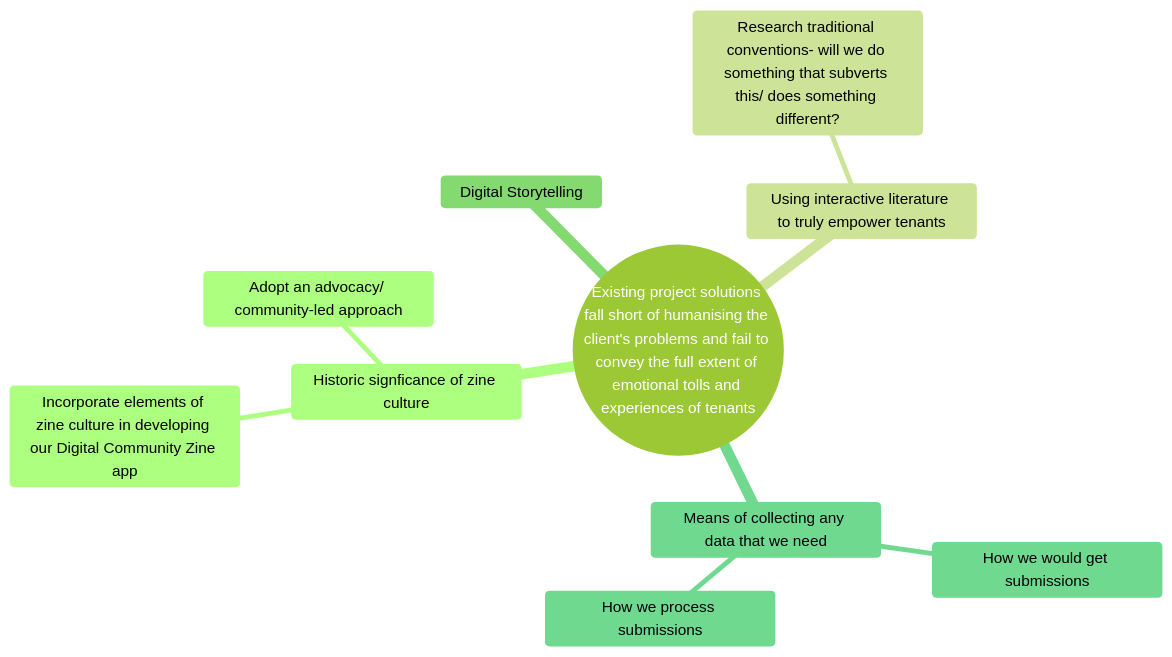
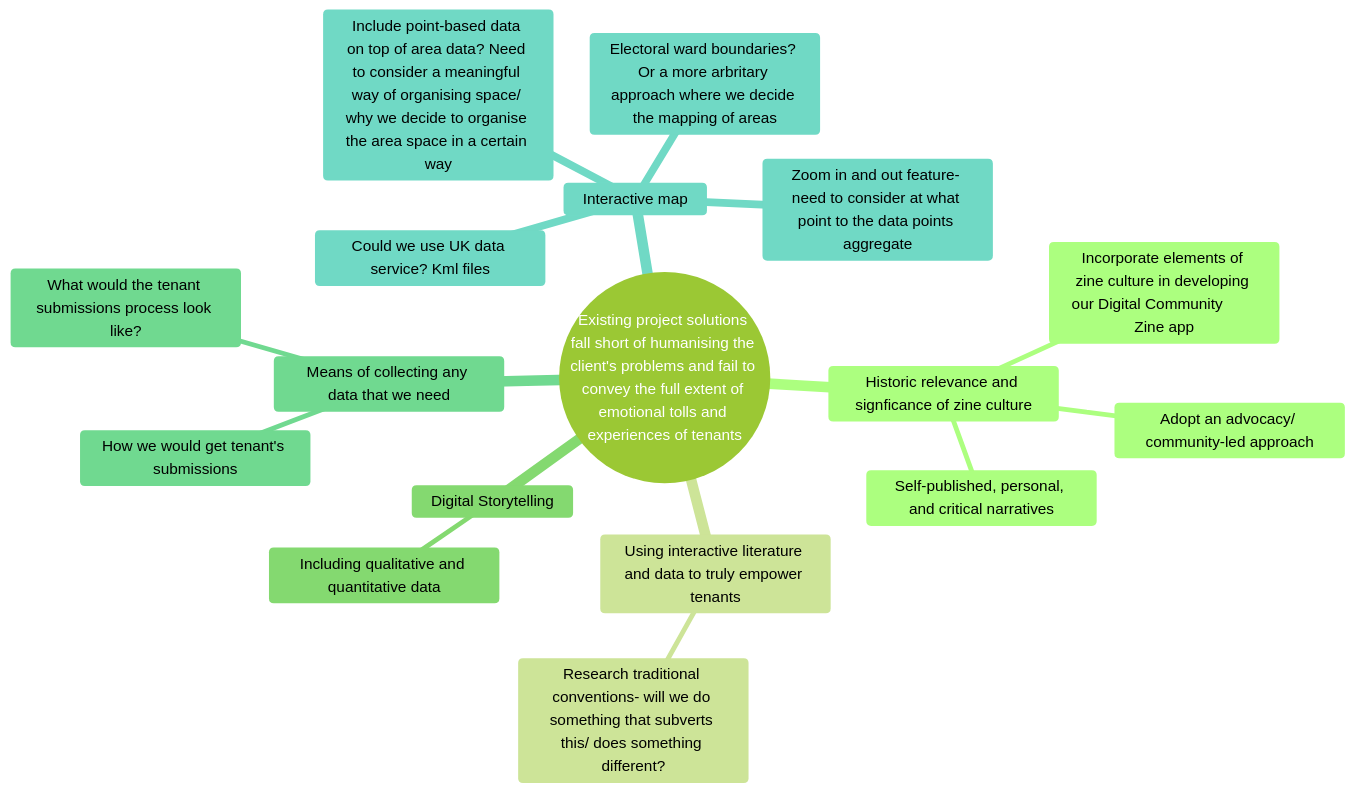
Before and after one commit to NU-Digital-Cultures/Trout: the diagram in Mermaid Mindmap.md, drawn with Mermaid (forest theme).

Commit message:
Update Mermaid Mindmap.md

````diff
--- a/Mermaid Mindmap.md
+++ b/Mermaid Mindmap.md
@@ -1,13 +1,20 @@
 ``` mermaid
 mindmap
   root((Existing project solutions fall short of humanising the client's problems and fail to convey the full extent of emotional tolls and experiences of tenants))
-    Historic signficance of zine culture
-      Incorporate elements of zine culture in developing our Digital Community Zine app
+    Historic relevance and signficance of zine culture
+      Incorporate elements of zine culture in developing our Digital Community        Zine app
       Adopt an advocacy/ community-led approach
-    Using interactive literature to truly empower tenants
+      Self-published, personal, and critical narratives
+    Using interactive literature and data to truly empower tenants
       Research traditional conventions- will we do something that subverts this/ does something different?
     Digital Storytelling
+     Including qualitative and quantitative data
     Means of collecting any data that we need
-      How we would get submissions
-      How we process submissions
+      How we would get tenant's submissions
+      What would the tenant submissions process look like?
+   Interactive map
+    Could we use UK data service? Kml files
+    Include point-based data on top of area data? Need to consider a meaningful way of organising space/ why we decide to organise the area space in a certain way
+    Zoom in and out feature- need to consider at what point to the data points aggregate
+    Electoral ward boundaries? Or a more arbritary approach where we decide the mapping of areas
 ```
````
